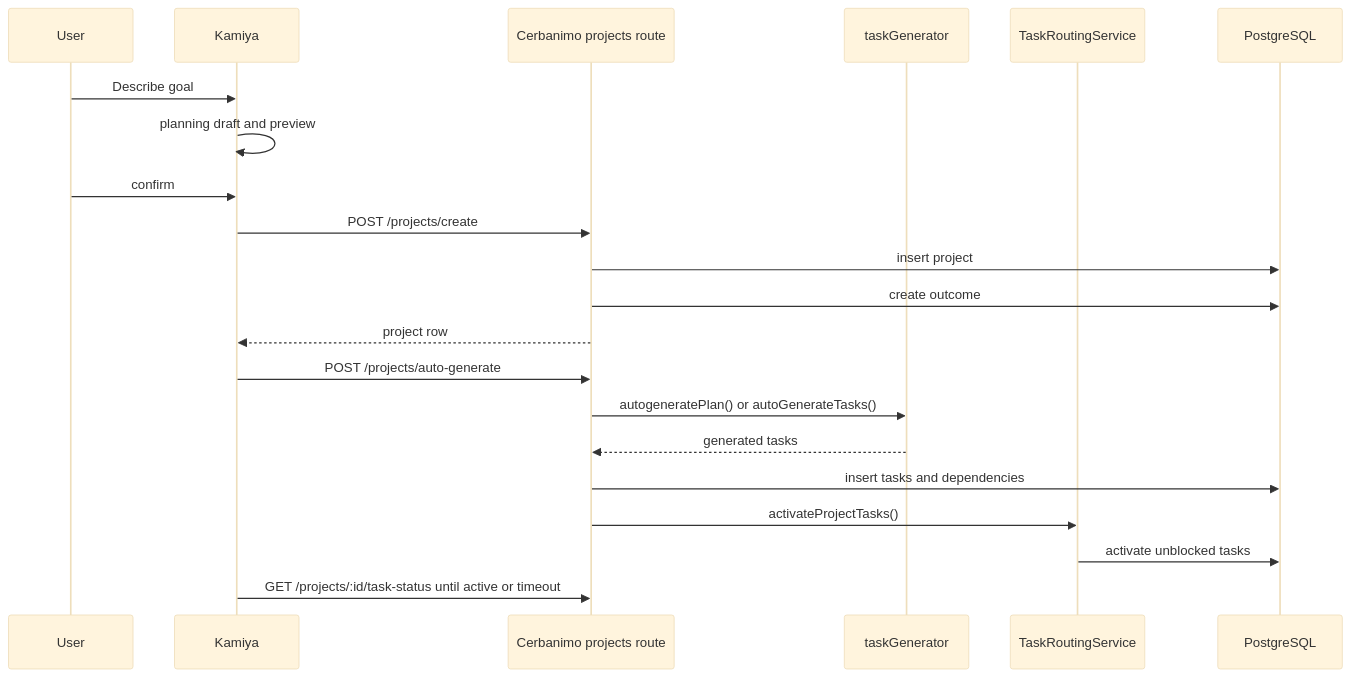
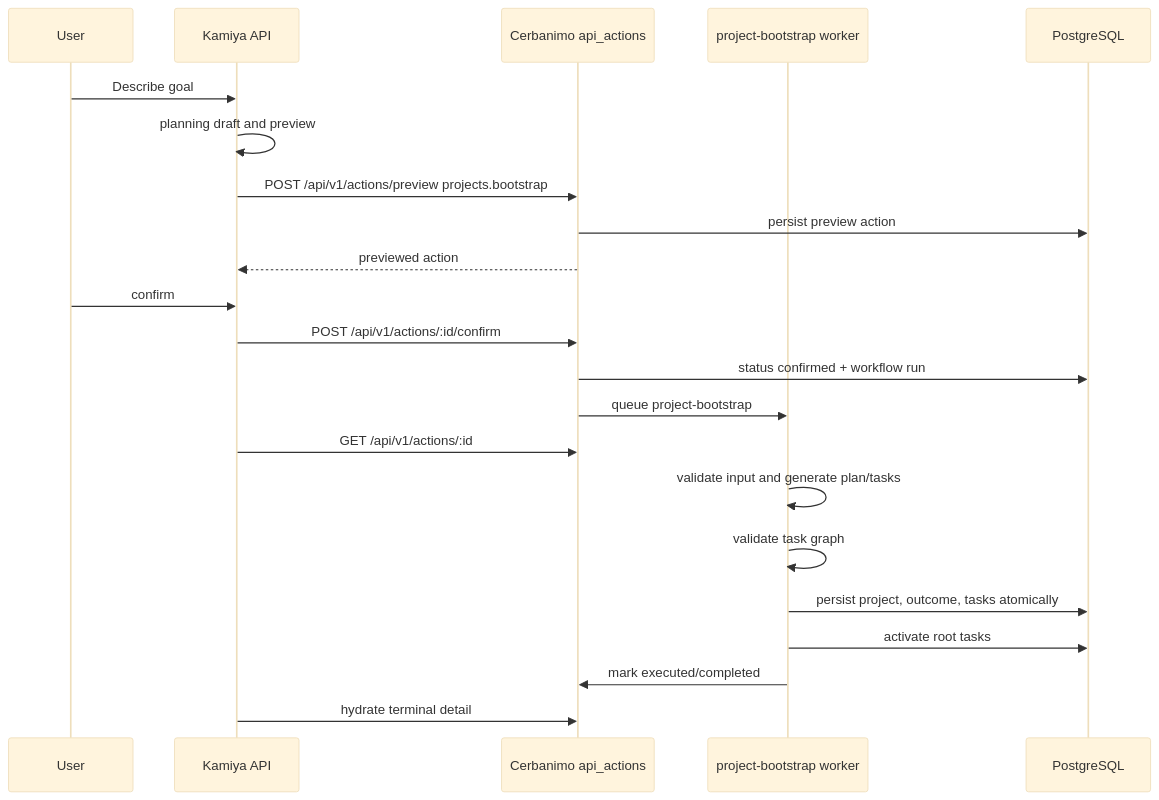
Before and after one commit to glaedn/Kamiya: the fourth of 10 diagrams in docs/canon/current-architecture.md, drawn with Mermaid (base theme). The commit also changed other lines of this file and 30 other files, not shown here.

````diff
--- a/docs/canon/current-architecture.md
+++ b/docs/canon/current-architecture.md
@@ -79,23 +79,24 @@
 ```mermaid
 sequenceDiagram
   participant U as User
-  participant K as Kamiya
-  participant P as Cerbanimo projects route
-  participant TG as taskGenerator
-  participant TR as TaskRoutingService
+  participant K as Kamiya API
+  participant A as Cerbanimo api_actions
+  participant W as project-bootstrap worker
   participant DB as PostgreSQL
   U->>K: Describe goal
   K->>K: planning draft and preview
+  K->>A: POST /api/v1/actions/preview projects.bootstrap
+  A->>DB: persist preview action
+  A-->>K: previewed action
   U->>K: confirm
-  K->>P: POST /projects/create
-  P->>DB: insert project
-  P->>DB: create outcome
-  P-->>K: project row
-  K->>P: POST /projects/auto-generate
-  P->>TG: autogeneratePlan() or autoGenerateTasks()
-  TG-->>P: generated tasks
-  P->>DB: insert tasks and dependencies
-  P->>TR: activateProjectTasks()
-  TR->>DB: activate unblocked tasks
-  K->>P: GET /projects/:id/task-status until active or timeout
+  K->>A: POST /api/v1/actions/:id/confirm
+  A->>DB: status confirmed + workflow run
+  A->>W: queue project-bootstrap
+  K->>A: GET /api/v1/actions/:id
+  W->>W: validate input and generate plan/tasks
+  W->>W: validate task graph
+  W->>DB: persist project, outcome, tasks atomically
+  W->>DB: activate root tasks
+  W->>A: mark executed/completed
+  K->>A: hydrate terminal detail
 ```
````
